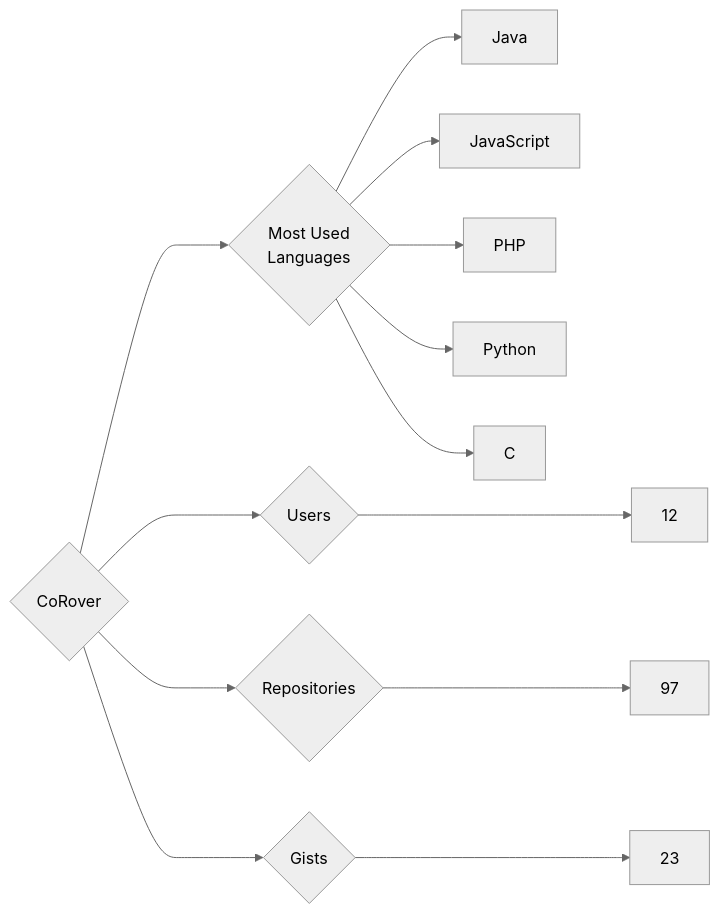
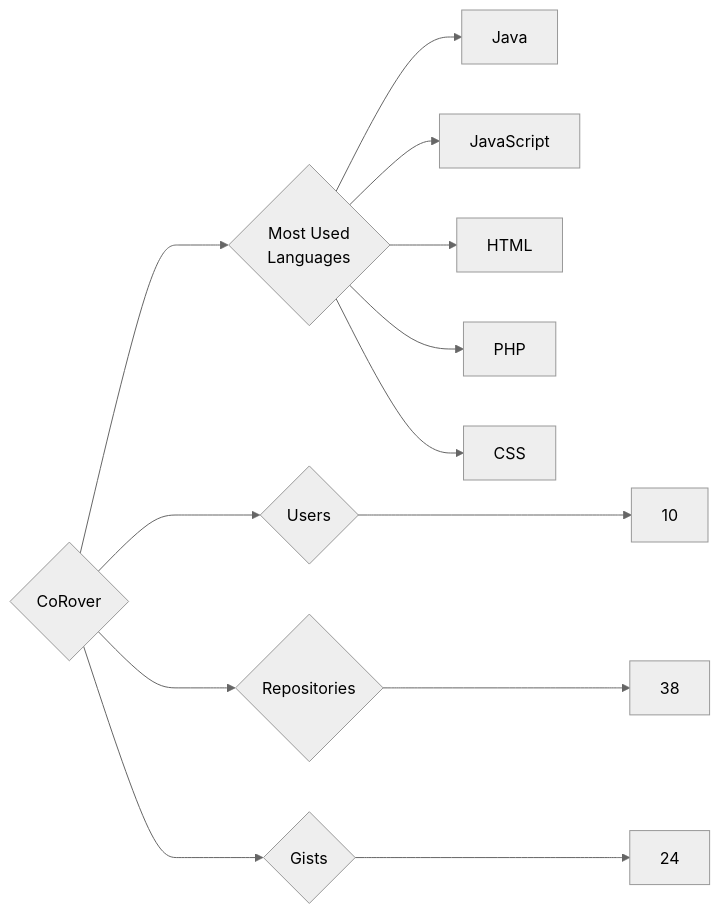
Before and after one commit to trickest/insiders: the diagram in targets/CoRover/README.md, drawn with Mermaid (neutral theme). The commit also changed 1078 other files, not shown here.

````diff
--- a/targets/CoRover/README.md
+++ b/targets/CoRover/README.md
@@ -3,13 +3,13 @@
 ```mermaid
 graph LR
 COMPANY_NAME{CoRover}
-COMPANY_NAME ---> U{Users} ---> UN[12]
-COMPANY_NAME ---> R{Repositories} ---> RN[97]
-COMPANY_NAME ---> G{Gists} ---> GN[23]
+COMPANY_NAME ---> U{Users} ---> UN[10]
+COMPANY_NAME ---> R{Repositories} ---> RN[38]
+COMPANY_NAME ---> G{Gists} ---> GN[24]
 COMPANY_NAME ---> ML{Most Used<br>Languages}
 ML --> Java[Java]
 ML --> JavaScript[JavaScript]
+ML --> HTML[HTML]
 ML --> PHP[PHP]
-ML --> Python[Python]
-ML --> C[C]
+ML --> CSS[CSS]
 ```
````
